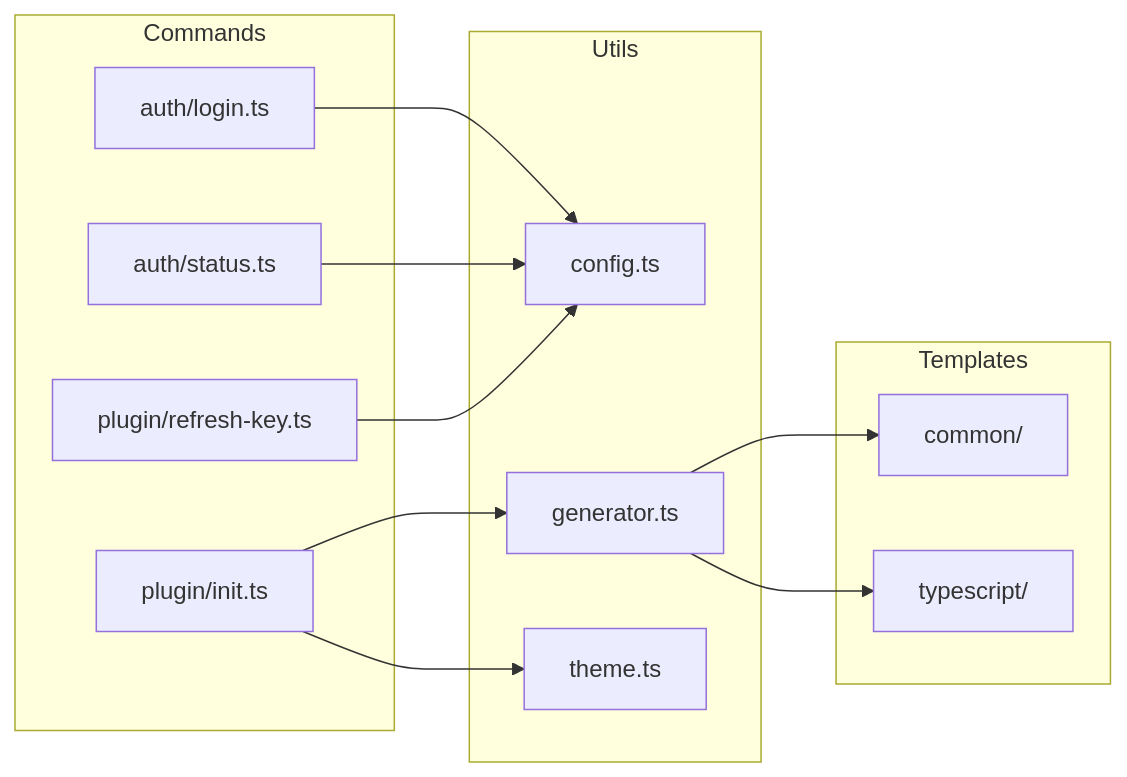
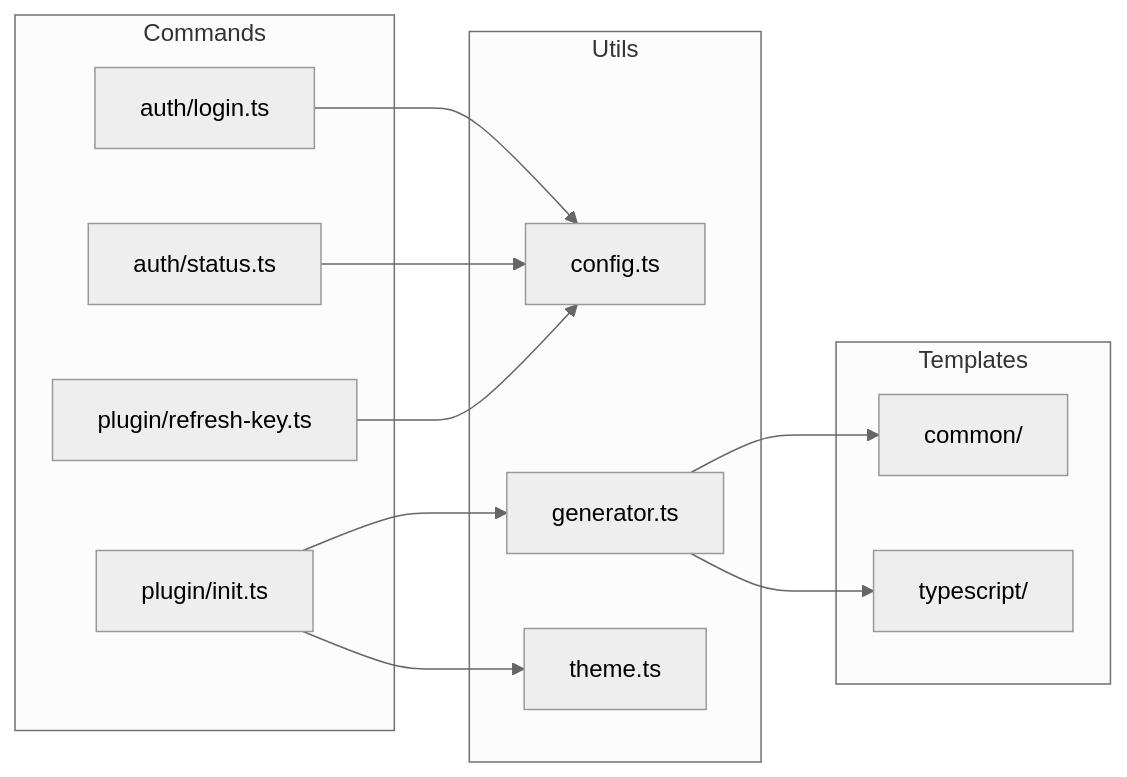
One commit to choice-open/atomemo-plugin-cli changed the second of 4 diagrams in .specs/ARCHITECTURE.md. Above: the diagram before and after it, drawn with Mermaid. The commit also changed other lines of this file, not shown here.

Commit message:
doc: update architecture

````diff
--- a/.specs/ARCHITECTURE.md
+++ b/.specs/ARCHITECTURE.md
@@ -116,28 +123,35 @@
 ```mermaid
+---
+config:
+  theme: "neutral"
+  themeVariables:
+    fontFamily: Iosevka NFM
+    fontSize: 14
+---
 flowchart LR
     subgraph Commands
         LOGIN["auth/login.ts"]
         STATUS["auth/status.ts"]
         INIT["plugin/init.ts"]
         REFRESH_KEY["plugin/refresh-key.ts"]
     end
 
     subgraph Utils
         CONFIG["config.ts"]
         GEN["generator.ts"]
         THEME["theme.ts"]
     end
 
     subgraph Templates
         COMMON["common/"]
         TS["typescript/"]
     end
 
     LOGIN --> CONFIG
     STATUS --> CONFIG
     REFRESH_KEY --> CONFIG
     INIT --> GEN
     INIT --> THEME
     GEN --> COMMON
     GEN --> TS
 ```
````
